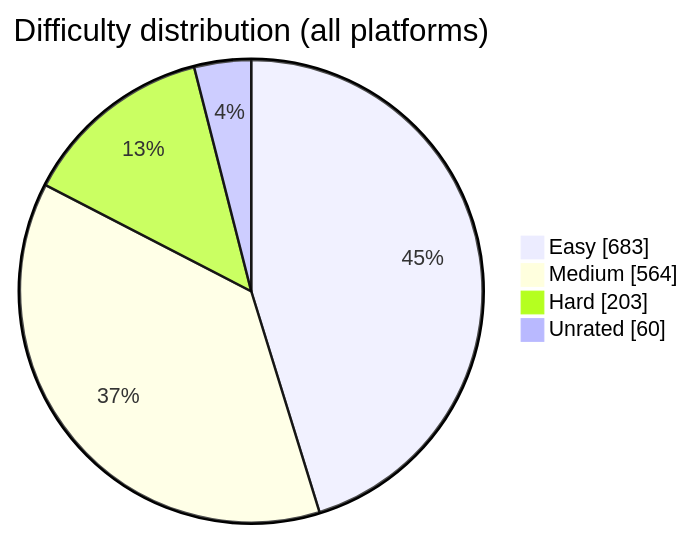
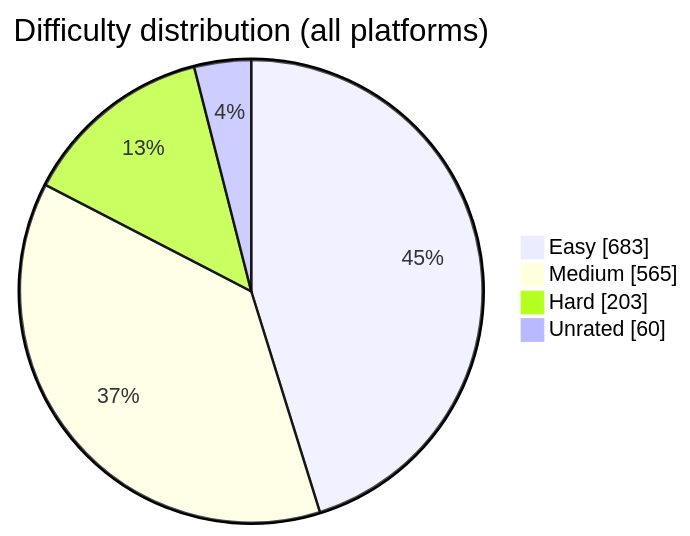
Before and after one commit to BuildbyArindam/Daily-Coding-Log: the diagram in README.md, drawn with Mermaid. The commit also changed other lines of this file, not shown here.

````diff
--- a/README.md
+++ b/README.md
@@ -93,7 +93,7 @@
 ```mermaid
 pie showData title Difficulty distribution (all platforms)
     "Easy" : 683
-    "Medium" : 564
+    "Medium" : 565
     "Hard" : 203
     "Unrated" : 60
 ```
````
